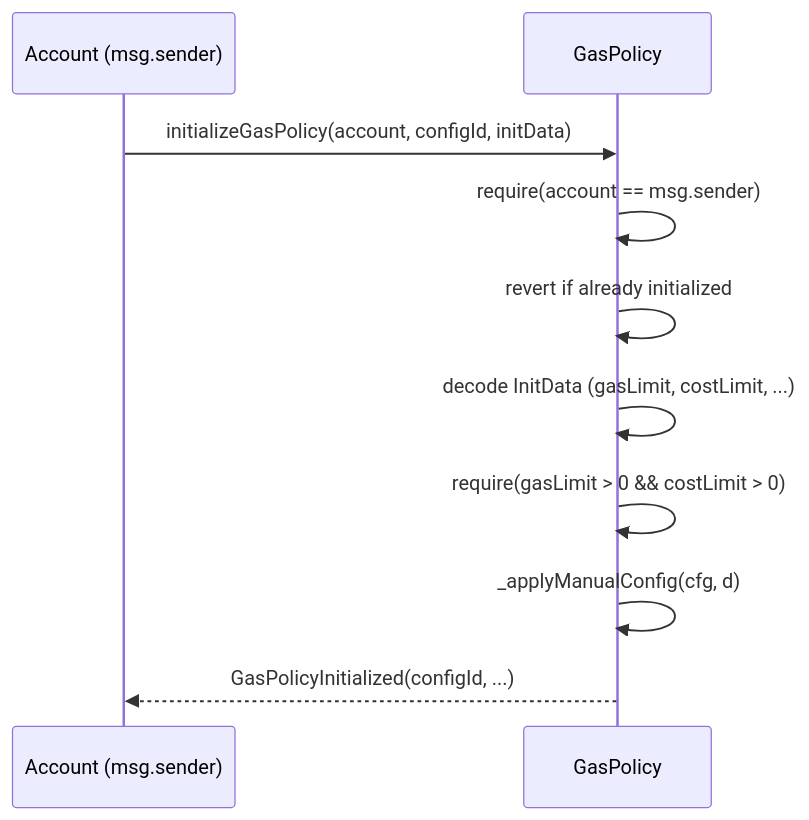
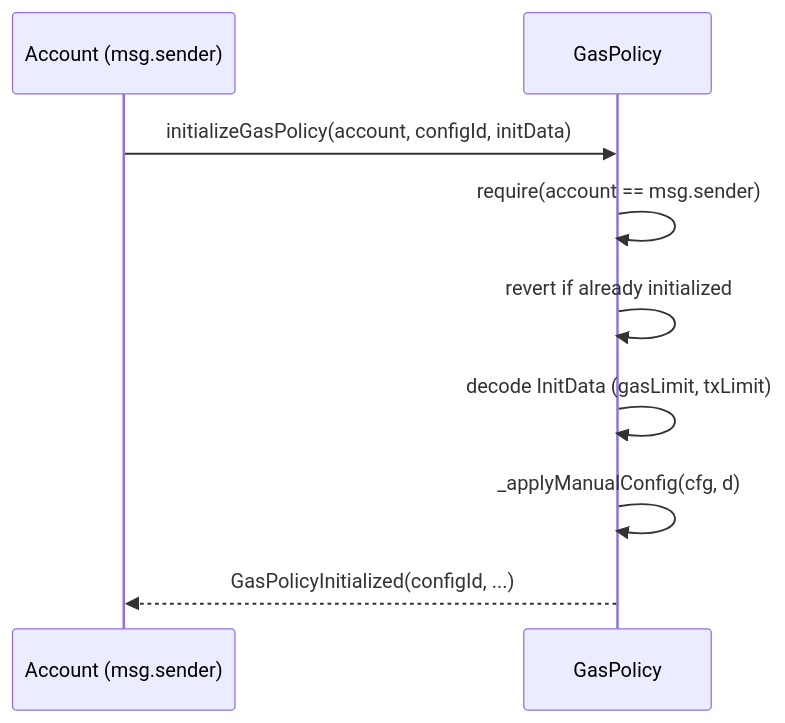
One commit to openfort-xyz/openfort-7702-account changed the third of 5 diagrams in docs/GasPolicy.md. Above: the diagram before and after it, drawn with Mermaid. The commit also changed other lines of this file and 3 other files, not shown here.

````diff
--- a/docs/GasPolicy.md
+++ b/docs/GasPolicy.md
@@ -98,13 +85,12 @@
 ```mermaid
 sequenceDiagram
   participant A as Account (msg.sender)
   participant GP as GasPolicy
 
   A->>GP: initializeGasPolicy(account, configId, initData)
   GP->>GP: require(account == msg.sender)
   GP->>GP: revert if already initialized
-  GP->>GP: decode InitData (gasLimit, costLimit, ...)
-  GP->>GP: require(gasLimit > 0 && costLimit > 0)
+  GP->>GP: decode InitData (gasLimit, txLimit)
   GP->>GP: _applyManualConfig(cfg, d)
   GP-->>A: GasPolicyInitialized(configId, ...)
 ```
````
